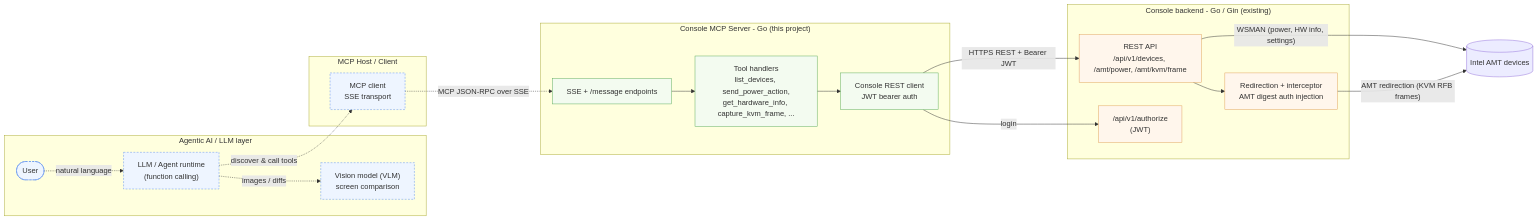
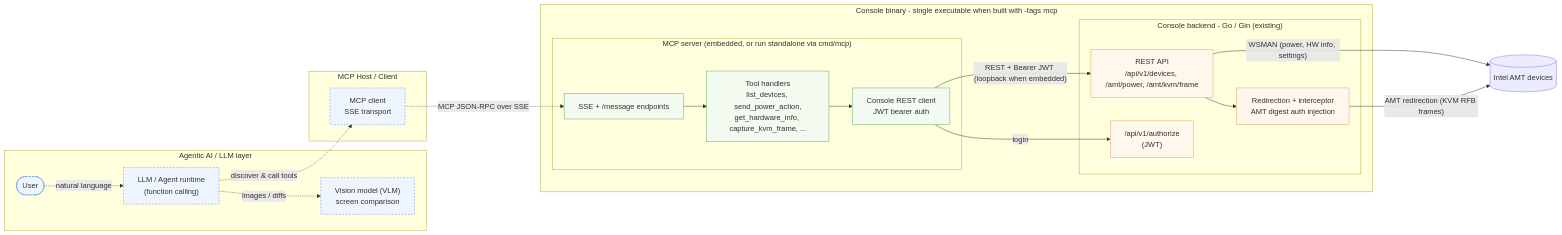
Before and after one commit to device-management-toolkit/console: the diagram in mcp/docs/architecture.mmd, drawn with Mermaid. The commit also changed 17 other files, not shown here.

```diff
--- a/mcp/docs/architecture.mmd
+++ b/mcp/docs/architecture.mmd
@@ -1,45 +1,47 @@
 flowchart LR
     subgraph AI["Agentic AI / LLM layer"]
         User([User])
         LLM["LLM / Agent runtime<br/>(function calling)"]
         VLM["Vision model (VLM)<br/>screen comparison"]
     end
 
     subgraph Host["MCP Host / Client"]
         Client["MCP client<br/>SSE transport"]
     end
 
-    subgraph Server["Console MCP Server - Go (this project)"]
-        SSE["SSE + /message endpoints"]
-        Tools["Tool handlers<br/>list_devices, send_power_action,<br/>get_hardware_info, capture_kvm_frame, ..."]
-        Rest["Console REST client<br/>JWT bearer auth"]
-    end
+    subgraph Binary["Console binary - single executable when built with -tags mcp"]
+        subgraph Server["MCP server (embedded, or run standalone via cmd/mcp)"]
+            SSE["SSE + /message endpoints"]
+            Tools["Tool handlers<br/>list_devices, send_power_action,<br/>get_hardware_info, capture_kvm_frame, ..."]
+            Rest["Console REST client<br/>JWT bearer auth"]
+        end
 
-    subgraph Console["Console backend - Go / Gin (existing)"]
-        API["REST API<br/>/api/v1/devices, /amt/power, /amt/kvm/frame"]
-        Auth["/api/v1/authorize<br/>(JWT)"]
-        Redir["Redirection + interceptor<br/>AMT digest auth injection"]
+        subgraph Console["Console backend - Go / Gin (existing)"]
+            API["REST API<br/>/api/v1/devices, /amt/power, /amt/kvm/frame"]
+            Auth["/api/v1/authorize<br/>(JWT)"]
+            Redir["Redirection + interceptor<br/>AMT digest auth injection"]
+        end
     end
 
     Devices[("Intel AMT devices")]
 
     %% Agentic AI connections (dotted)
     User -. "natural language" .-> LLM
     LLM -. "images / diffs" .-> VLM
     LLM -. "discover & call tools" .-> Client
     Client -. "MCP JSON-RPC over SSE" .-> SSE
 
     %% Concrete API / operation interfaces (solid)
     SSE --> Tools --> Rest
-    Rest -->|"HTTPS REST + Bearer JWT"| API
+    Rest -->|"REST + Bearer JWT (loopback when embedded)"| API
     Rest -->|"login"| Auth
     API --> Redir
     API -->|"WSMAN (power, HW info, settings)"| Devices
     Redir -->|"AMT redirection (KVM RFB frames)"| Devices
 
     classDef ai fill:#eef5ff,stroke:#5b8def,stroke-dasharray:4 3;
     classDef svr fill:#f3fbf0,stroke:#5aab5a;
     classDef con fill:#fff6ec,stroke:#e0a15a;
     class User,LLM,VLM,Client ai;
     class SSE,Tools,Rest svr;
     class API,Auth,Redir con;
```
